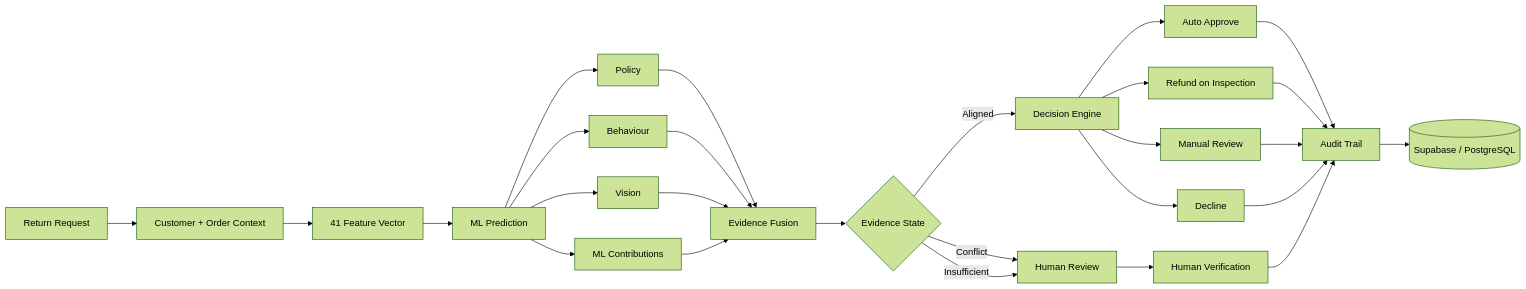
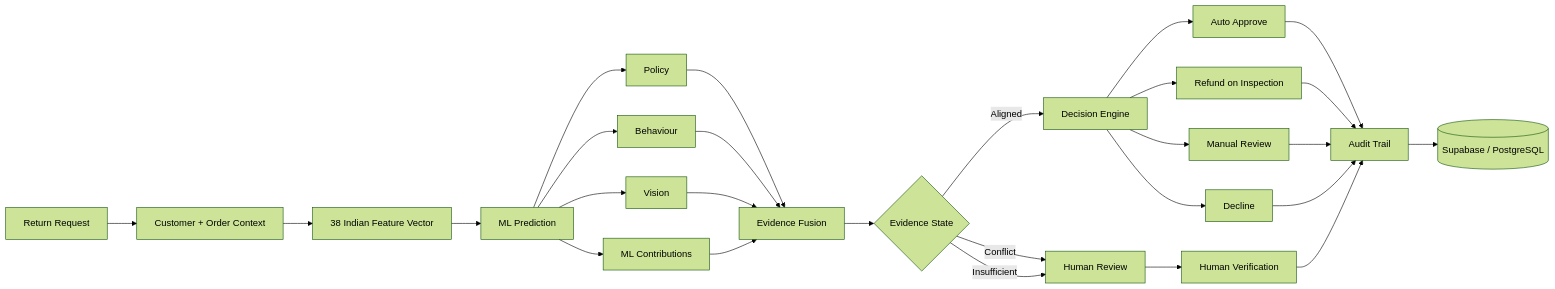
The seventh of 7 diagrams in README.md (Devraj-sh/Trust-Loop), drawn with Mermaid (forest theme) before and after one commit. The commit also changed other lines of this file and 52 other files, not shown here.

````diff
--- a/README.md
+++ b/README.md
@@ -1106,36 +1125,36 @@
 ```mermaid
 flowchart LR
     A[Return Request] --> B[Customer + Order Context]
-    B --> C[41 Feature Vector]
+    B --> C[38 Indian Feature Vector]
     C --> D[ML Prediction]
 
     D --> E1[Policy]
     D --> E2[Behaviour]
     D --> E3[Vision]
     D --> E4[ML Contributions]
 
     E1 --> F[Evidence Fusion]
     E2 --> F
     E3 --> F
     E4 --> F
 
     F --> G{Evidence State}
     G -->|Aligned| H[Decision Engine]
     G -->|Conflict| I[Human Review]
     G -->|Insufficient| I
 
     H --> J[Auto Approve]
     H --> K[Refund on Inspection]
     H --> L[Manual Review]
     H --> M[Decline]
 
     I --> N[Human Verification]
 
     J --> O[Audit Trail]
     K --> O
     L --> O
     M --> O
     N --> O
 
     O --> P[(Supabase / PostgreSQL)]
 ```
````
